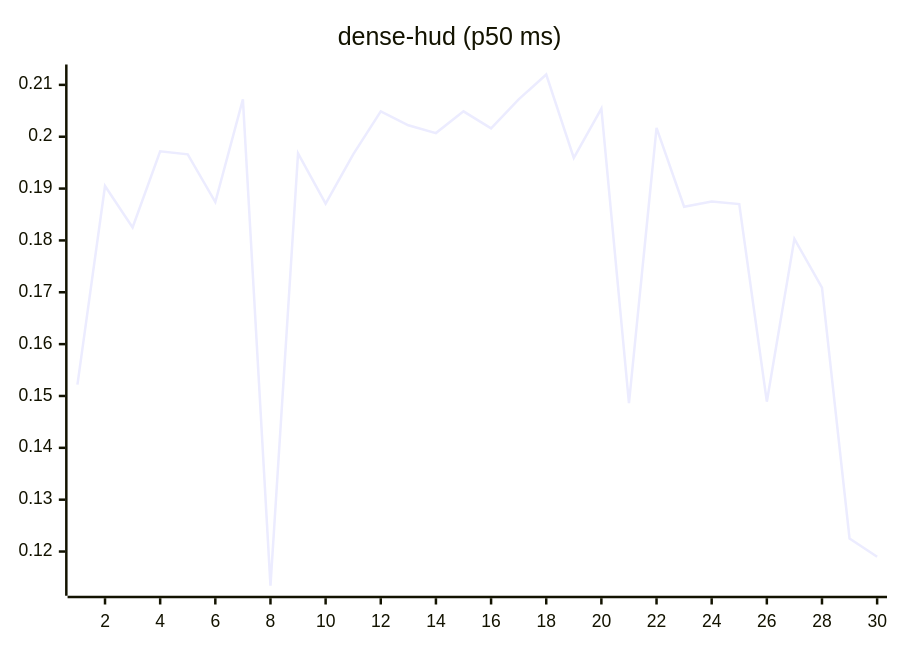
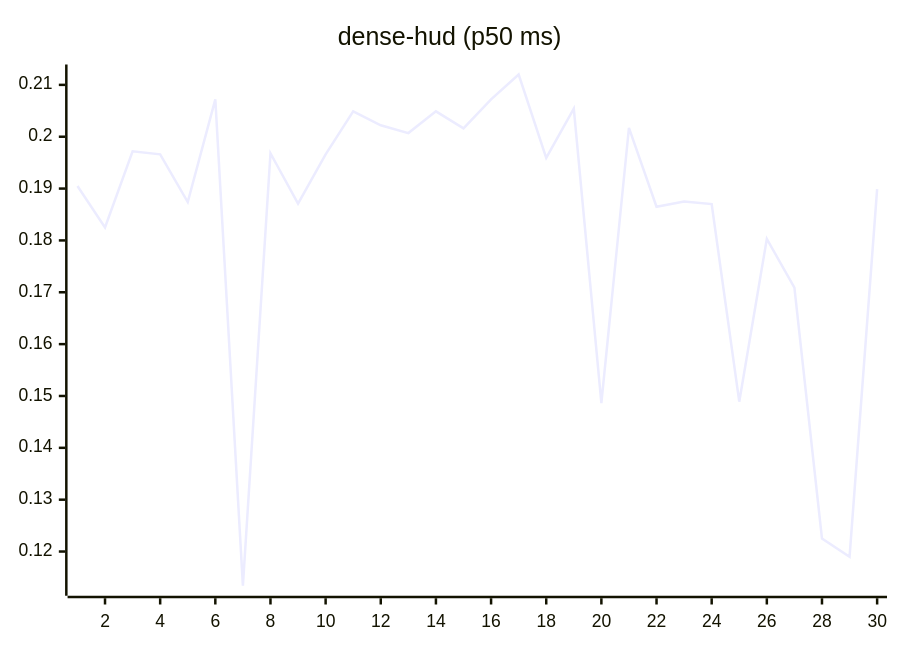
Before and after one commit to josha/Facet: the eighth of 27 diagrams in README.md, drawn with Mermaid. The commit also changed other lines of this file and 2 other files, not shown here.

````diff
--- a/README.md
+++ b/README.md
@@ -112,6 +112,6 @@
 ```mermaid
 xychart-beta
     title "dense-hud (p50 ms)"
     x-axis 1 --> 30
-    line [0.1522, 0.1905, 0.1825, 0.1972, 0.1966, 0.1874, 0.2072, 0.1134, 0.1968, 0.1871, 0.1966, 0.2049, 0.2022, 0.2007, 0.2049, 0.2016, 0.2072, 0.2120, 0.1959, 0.2054, 0.1486, 0.2017, 0.1865, 0.1875, 0.1870, 0.1489, 0.1803, 0.1709, 0.1225, 0.1190]
+    line [0.1905, 0.1825, 0.1972, 0.1966, 0.1874, 0.2072, 0.1134, 0.1968, 0.1871, 0.1966, 0.2049, 0.2022, 0.2007, 0.2049, 0.2016, 0.2072, 0.2120, 0.1959, 0.2054, 0.1486, 0.2017, 0.1865, 0.1875, 0.1870, 0.1489, 0.1803, 0.1709, 0.1225, 0.1190, 0.1899]
 ```
````
